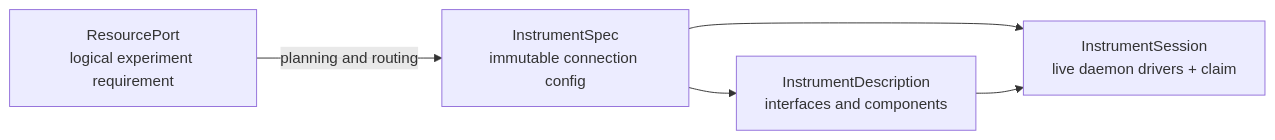
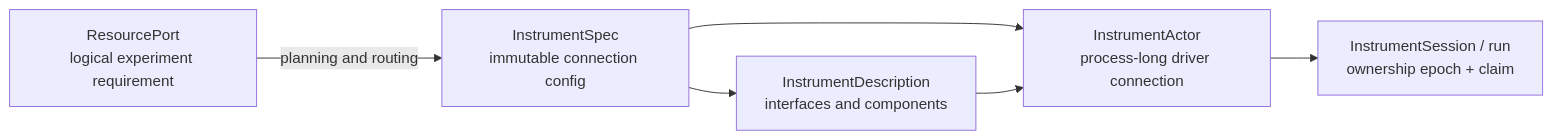
Before and after one commit to kahojyun/scopecat: the diagram in docs/instrument-control.md, drawn with Mermaid. The commit also changed other lines of this file and 8 other files, not shown here.

````diff
--- a/docs/instrument-control.md
+++ b/docs/instrument-control.md
@@ -16,12 +16,14 @@
 ```mermaid
 flowchart LR
     C["InstrumentSpec<br/>immutable connection config"]
     D["InstrumentDescription<br/>interfaces and components"]
-    S["InstrumentSession<br/>live daemon drivers + claim"]
+    A["InstrumentActor<br/>process-long driver connection"]
+    S["InstrumentSession / run<br/>ownership epoch + claim"]
     R["ResourcePort<br/>logical experiment requirement"]
 
     C --> D
-    C --> S
-    D --> S
+    C --> A
+    D --> A
+    A --> S
     R -->|"planning and routing"| C
 ```
````
